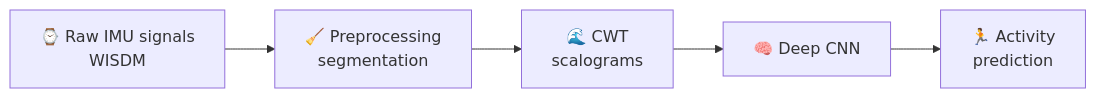
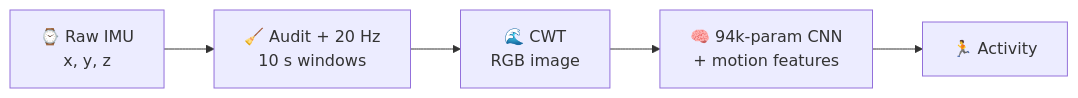
Before and after one commit to JasonBestBork/JasonBestBork: the diagram in README.md, drawn with Mermaid. The commit also changed other lines of this file, not shown here.

````diff
--- a/README.md
+++ b/README.md
@@ -37,7 +42,7 @@
 ```mermaid
 flowchart LR
-    A[⌚ Raw IMU signals<br/>WISDM] --> B[🧹 Preprocessing<br/>segmentation]
-    B --> C[🌊 CWT<br/>scalograms]
-    C --> D[🧠 Deep CNN]
-    D --> E[🏃 Activity<br/>prediction]
+    A[⌚ Raw IMU<br/>x, y, z] --> B[🧹 Audit + 20 Hz<br/>10 s windows]
+    B --> C[🌊 CWT<br/>RGB image]
+    C --> D[🧠 94k-param CNN<br/>+ motion features]
+    D --> E[🏃 Activity]
 ```
````
